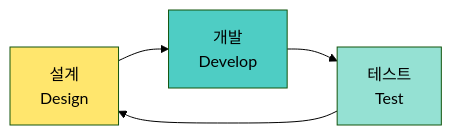
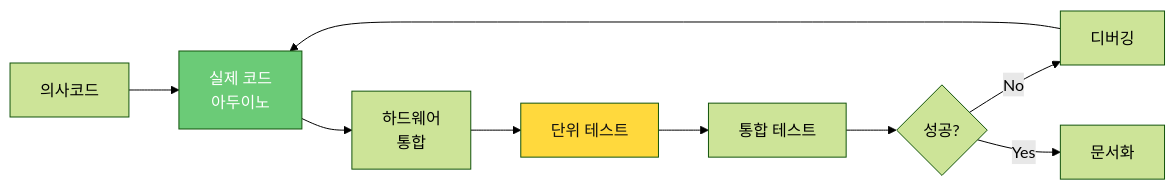
One commit to Collegenie-X/Smart_Factory_Arms_Project changed the sixth of 10 diagrams in docs/03_바이브_코딩_가이드.md. Above: the diagram before and after it, drawn with Mermaid (forest theme). The commit also changed other lines of this file and 17 other files, not shown here.

````diff
--- a/docs/03_바이브_코딩_가이드.md
+++ b/docs/03_바이브_코딩_가이드.md
@@ -188,10 +285,14 @@
 ```mermaid
 graph LR
-    A[설계<br/>Design] --> B[개발<br/>Develop]
-    B --> C[테스트<br/>Test]
-    C --> A
+    A[의사코드] --> B[실제 코드<br/>아두이노]
+    B --> C[하드웨어<br/>통합]
+    C --> D[단위 테스트]
+    D --> E[통합 테스트]
+    E --> F{성공?}
+    F -->|No| G[디버깅]
+    G --> B
+    F -->|Yes| H[문서화]
     
-    style A fill:#FFE66D
-    style B fill:#4ECDC4
-    style C fill:#95E1D3
+    style B fill:#6BCB77,color:#fff
+    style D fill:#FFD93D,color:#111
 ```
````
